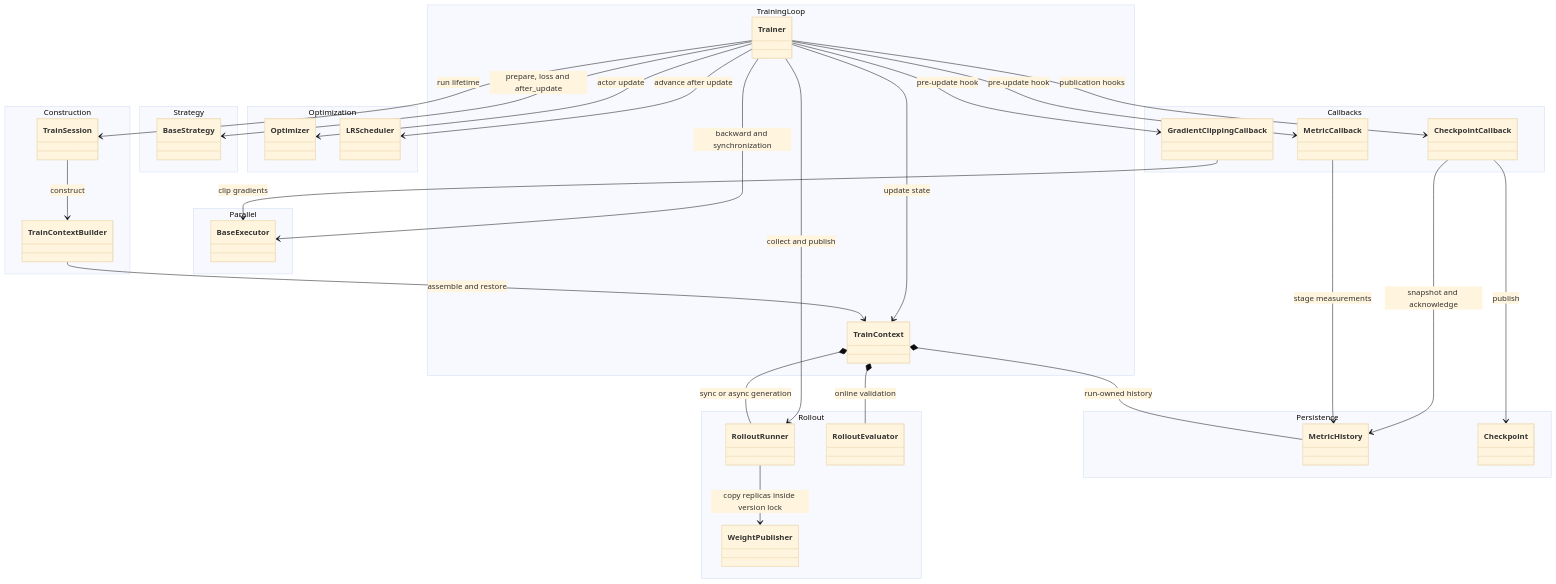
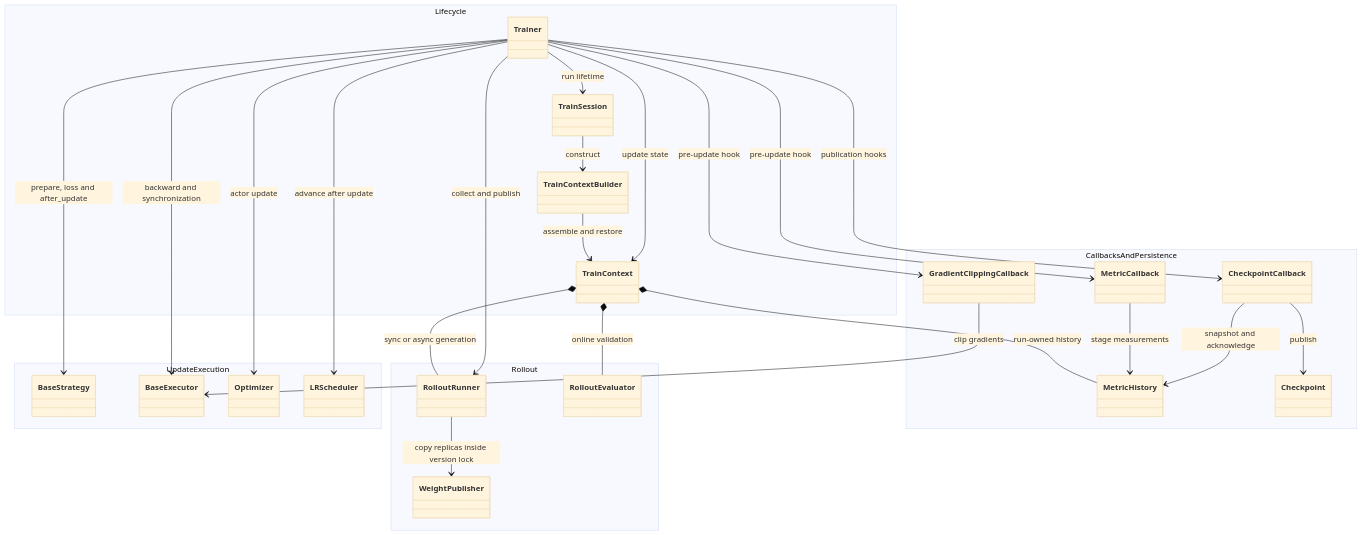
One commit to ViperEkura/AstrAI changed the second of 4 diagrams in docs/developer/architecture.md. Above: the diagram before and after it, drawn with Mermaid (base theme). The commit also changed other lines of this file and 17 other files, not shown here.

First line of the commit message:
docs: align architecture and runtime contracts

````diff
--- a/docs/developer/architecture.md
+++ b/docs/developer/architecture.md
@@ -53,57 +91,49 @@
 ```mermaid
 classDiagram
     direction TB
-    namespace Construction {
+    namespace Lifecycle {
         class TrainSession
         class TrainContextBuilder
-    }
-    namespace TrainingLoop {
         class Trainer
         class TrainContext
     }
-    namespace Strategy {
+    namespace UpdateExecution {
         class BaseStrategy
+        class BaseExecutor
+        class Optimizer
+        class LRScheduler
     }
     namespace Rollout {
         class RolloutRunner
         class RolloutEvaluator
         class WeightPublisher
     }
-    namespace Parallel {
-        class BaseExecutor
-    }
-    namespace Optimization {
-        class Optimizer
-        class LRScheduler
-    }
-    namespace Callbacks {
+    namespace CallbacksAndPersistence {
         class MetricCallback
         class CheckpointCallback
         class GradientClippingCallback
-    }
-    namespace Persistence {
         class MetricHistory
         class Checkpoint
     }
 
     Trainer --> TrainSession : run lifetime
     TrainSession --> TrainContextBuilder : construct
     TrainContextBuilder --> TrainContext : assemble and restore
     Trainer --> TrainContext : update state
     Trainer --> BaseStrategy : prepare, loss and after_update
     Trainer --> BaseExecutor : backward and synchronization
     TrainContext *-- RolloutRunner : sync or async generation
     TrainContext *-- RolloutEvaluator : online validation
     Trainer --> RolloutRunner : collect and publish
     RolloutRunner --> WeightPublisher : copy replicas inside version lock
     Trainer --> Optimizer : actor update
     Trainer --> LRScheduler : advance after update
     Trainer --> MetricCallback : pre-update hook
     Trainer --> GradientClippingCallback : pre-update hook
     Trainer --> CheckpointCallback : publication hooks
     GradientClippingCallback --> BaseExecutor : clip gradients
     TrainContext *-- MetricHistory : run-owned history
     MetricCallback --> MetricHistory : stage measurements
     CheckpointCallback --> MetricHistory : snapshot and acknowledge
     CheckpointCallback --> Checkpoint : publish
 ```
````
